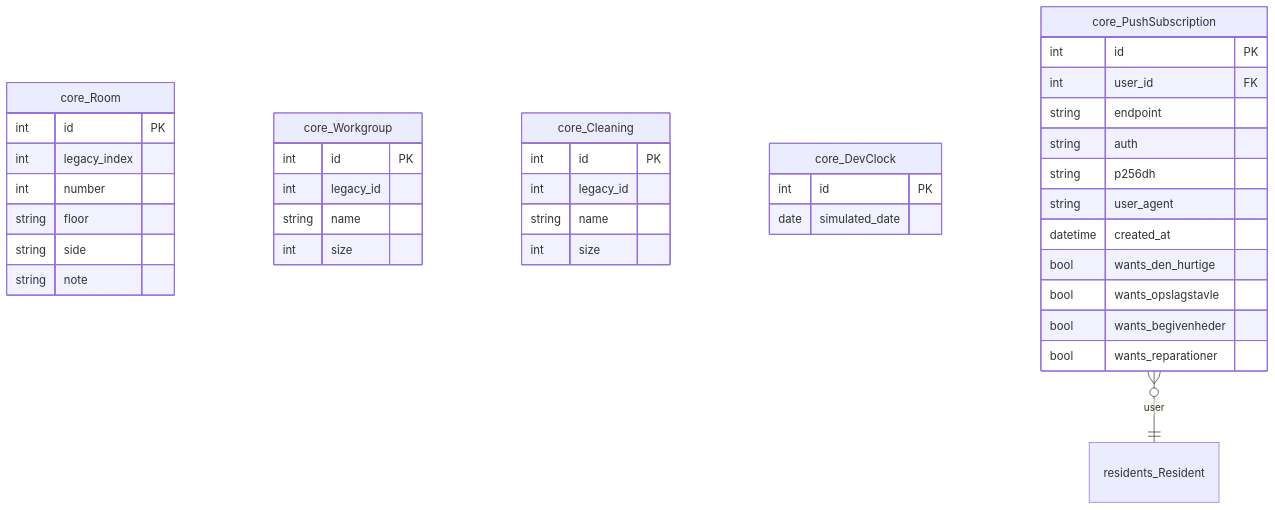
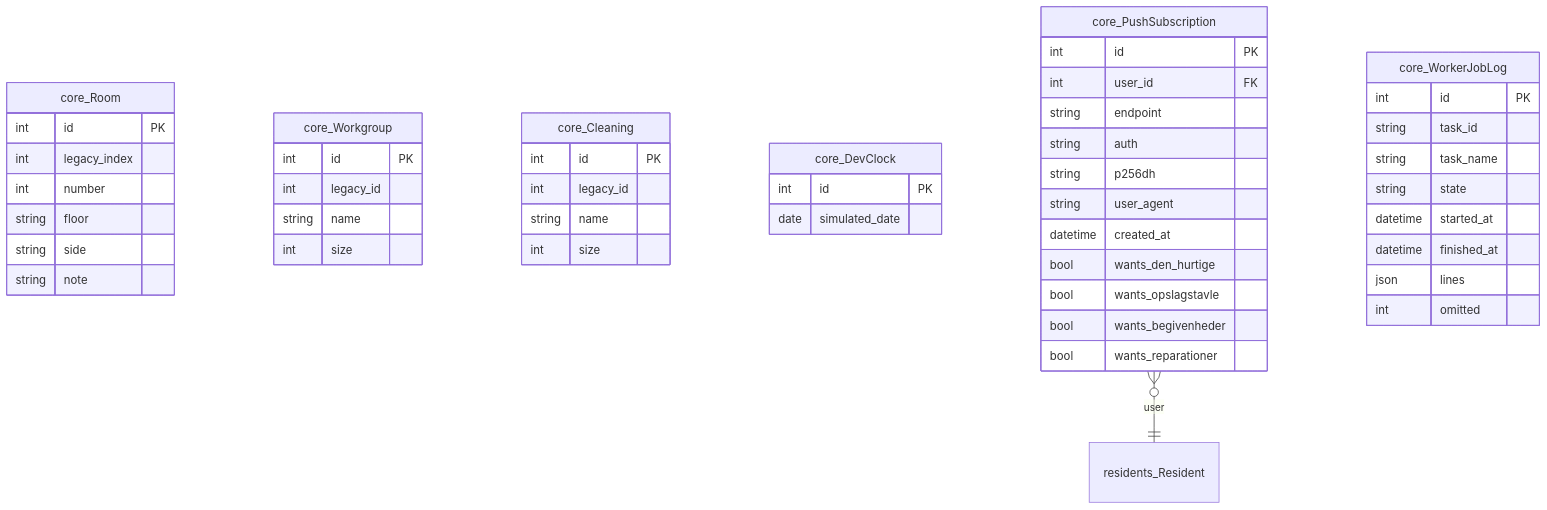
Before and after one commit to GAHK-org/gahk_intern: the sixth of 15 diagrams in docs/erd.md, drawn with Mermaid. The commit also changed other lines of this file and 14 other files, not shown here.

First line of the commit message:
Worker jobs: store what each task logged and show it on the job page

````diff
--- a/docs/erd.md
+++ b/docs/erd.md
@@ -906,48 +917,59 @@
 ```mermaid
 erDiagram
     core_Room {
         int id PK
         int legacy_index
         int number
         string floor
         string side
         string note
     }
 
     core_Workgroup {
         int id PK
         int legacy_id
         string name
         int size
     }
 
     core_Cleaning {
         int id PK
         int legacy_id
         string name
         int size
     }
 
     core_DevClock {
         int id PK
         date simulated_date
     }
 
     core_PushSubscription {
         int id PK
         int user_id FK
         string endpoint
         string auth
         string p256dh
         string user_agent
         datetime created_at
         bool wants_den_hurtige
         bool wants_opslagstavle
         bool wants_begivenheder
         bool wants_reparationer
     }
 
+    core_WorkerJobLog {
+        int id PK
+        string task_id
+        string task_name
+        string state
+        datetime started_at
+        datetime finished_at
+        json lines
+        int omitted
+    }
+
     residents_Resident { }
 
     core_PushSubscription }o--|| residents_Resident : "user"
 ```
````
